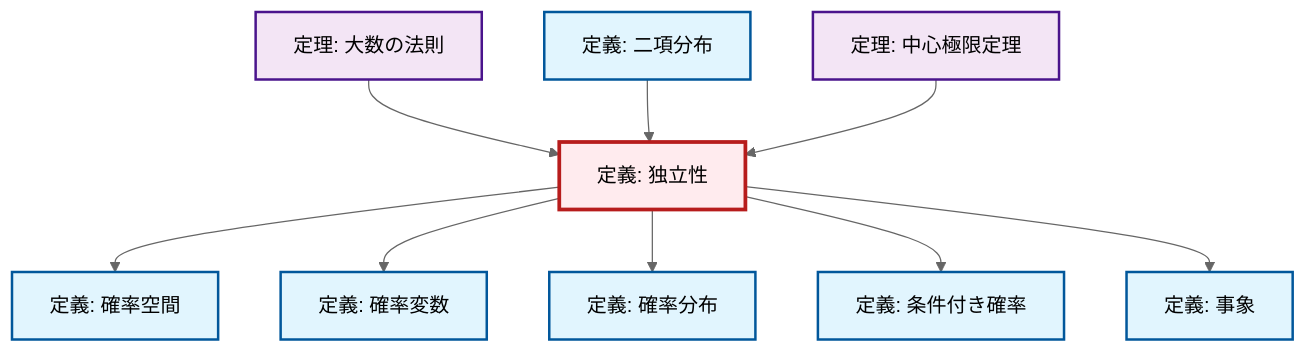
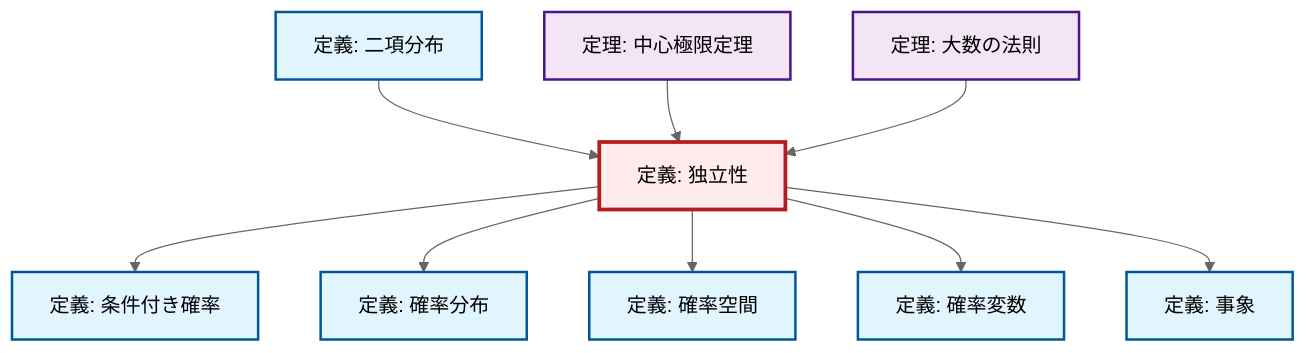
The diagram in content/ja/probability-statistics/def-independence.qmd (RK0429/ModernMath), drawn with Mermaid (neutral theme) before and after one commit. The commit also changed other lines of this file and 1012 other files, not shown here.

````diff
--- a/content/ja/probability-statistics/def-independence.qmd
+++ b/content/ja/probability-statistics/def-independence.qmd
@@ -115,35 +115,35 @@
 ```{mermaid}
 %%| fig-cap: "Local dependency graph"
 graph TD
     classDef definition fill:#e1f5fe,stroke:#01579b,stroke-width:2px
     classDef theorem fill:#f3e5f5,stroke:#4a148c,stroke-width:2px
     classDef axiom fill:#fff3e0,stroke:#e65100,stroke-width:2px
     classDef example fill:#e8f5e9,stroke:#1b5e20,stroke-width:2px
     classDef current fill:#ffebee,stroke:#b71c1c,stroke-width:3px
+    def-probability-distribution["定義: 確率分布"]:::definition
     def-conditional-probability["定義: 条件付き確率"]:::definition
     thm-central-limit["定理: 中心極限定理"]:::theorem
-    def-binomial-distribution["定義: 二項分布"]:::definition
     def-random-variable["定義: 確率変数"]:::definition
     def-event["定義: 事象"]:::definition
+    def-binomial-distribution["定義: 二項分布"]:::definition
+    def-independence["定義: 独立性"]:::definition
+    thm-law-of-large-numbers["定理: 大数の法則"]:::theorem
     def-probability-space["定義: 確率空間"]:::definition
-    thm-law-of-large-numbers["定理: 大数の法則"]:::theorem
-    def-independence["定義: 独立性"]:::definition
-    def-probability-distribution["定義: 確率分布"]:::definition
+    def-binomial-distribution --> def-independence
+    def-independence --> def-conditional-probability
+    thm-central-limit --> def-independence
+    def-independence --> def-probability-distribution
     thm-law-of-large-numbers --> def-independence
     def-independence --> def-probability-space
     def-independence --> def-random-variable
-    def-independence --> def-probability-distribution
-    def-independence --> def-conditional-probability
     def-independence --> def-event
-    def-binomial-distribution --> def-independence
-    thm-central-limit --> def-independence
     class def-independence current
+    click def-probability-distribution "def-probability-distribution.html" "確率分布の定義へ"
     click def-conditional-probability "def-conditional-probability.html" "条件付き確率の定義へ"
     click thm-central-limit "thm-central-limit.html" "中心極限定理の定理へ"
-    click def-binomial-distribution "def-binomial-distribution.html" "二項分布の定義へ"
     click def-random-variable "def-random-variable.html" "確率変数の定義へ"
     click def-event "def-event.html" "事象の定義へ"
+    click def-binomial-distribution "def-binomial-distribution.html" "二項分布の定義へ"
+    click thm-law-of-large-numbers "thm-law-of-large-numbers.html" "大数の法則の定理へ"
     click def-probability-space "def-probability-space.html" "確率空間の定義へ"
-    click thm-law-of-large-numbers "thm-law-of-large-numbers.html" "大数の法則の定理へ"
-    click def-probability-distribution "def-probability-distribution.html" "確率分布の定義へ"
 ```
````
